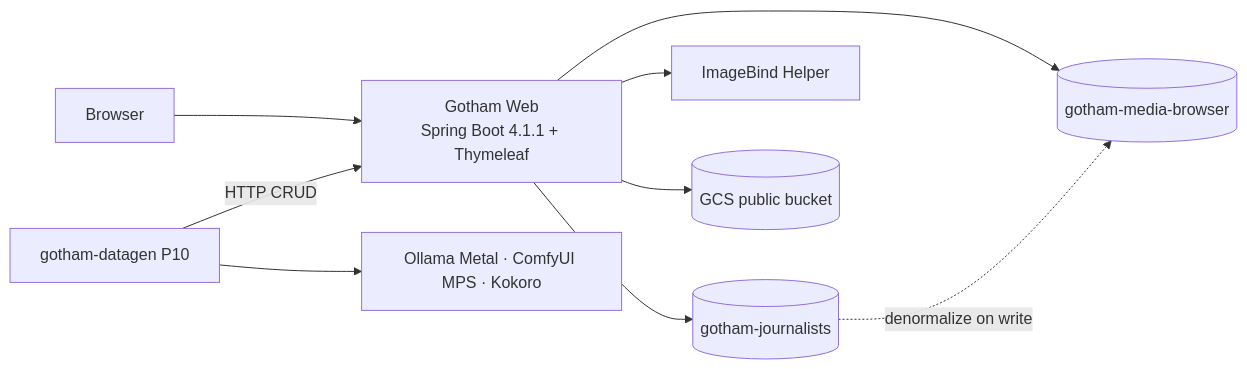
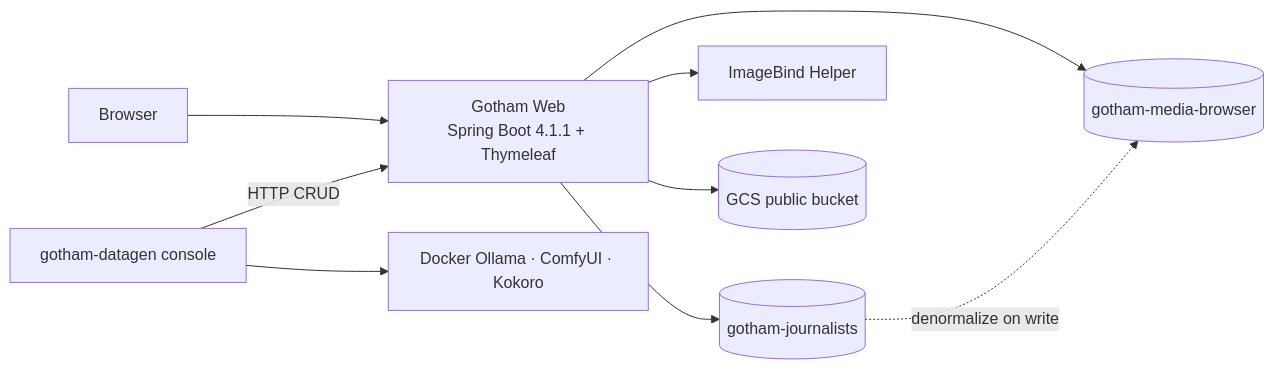
The diagram in docs/architecture-components.md (bigfito/gotham-media-browser), drawn with Mermaid before and after one commit. The commit also changed other lines of this file and 6 other files, not shown here.

First line of the commit message:
Make gotham-datagen a plain Java console app

````diff
--- a/docs/architecture-components.md
+++ b/docs/architecture-components.md
@@ -41,11 +41,11 @@
 ```mermaid
 flowchart LR
   U[Browser] --> WEB[Gotham Web<br/>Spring Boot 4.1.1 + Thymeleaf]
-  DG[gotham-datagen P10] -->|HTTP CRUD| WEB
-  DG --> HELPERS[Ollama Metal · ComfyUI MPS · Kokoro]
+  DG[gotham-datagen console] -->|HTTP CRUD| WEB
+  DG --> HELPERS[Docker Ollama · ComfyUI · Kokoro]
   WEB --> JI[(gotham-journalists)]
   WEB --> AI[(gotham-media-browser)]
   WEB --> IB[ImageBind Helper]
   WEB --> GCS[(GCS public bucket)]
   JI -.->|denormalize on write| AI
 ```
````
